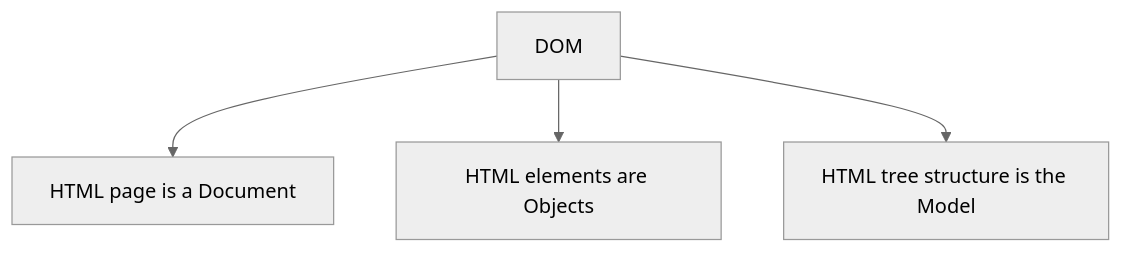
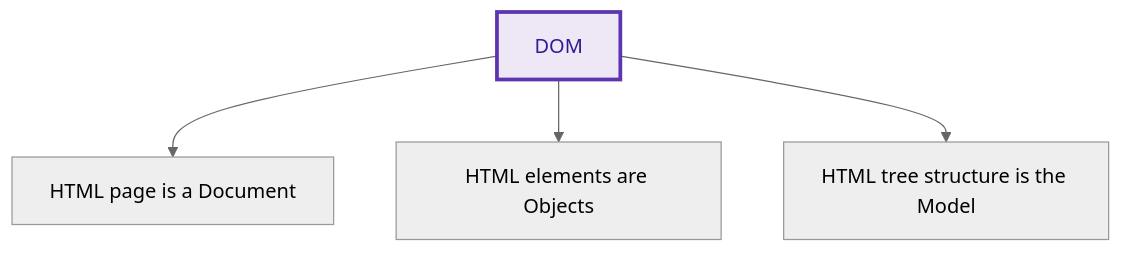
One commit to 0xProsenjit/full-stack-developer-journey changed the diagram in Html and CSS project/Bio page_DOM/README.md. Above: the diagram before and after it, drawn with Mermaid (neutral theme).

Commit message:
Update README.md
*** Here, a bio page project has been created using only semantic HTML based on the DOM structure.

````diff
--- a/Html and CSS project/Bio page_DOM/README.md
+++ b/Html and CSS project/Bio page_DOM/README.md
@@ -2,7 +2,11 @@
 ```mermaid
 flowchart TD
     DOM["DOM"]
     DOM --> D["HTML page is a Document"]
     DOM --> O["HTML elements are Objects"]
     DOM --> M["HTML tree structure is the Model"]
+
+    classDef domStyle fill:#ede7f6,stroke:#5e35b1,stroke-width:3px,color:#311b92
+
+    class DOM domStyle
 ```
````
